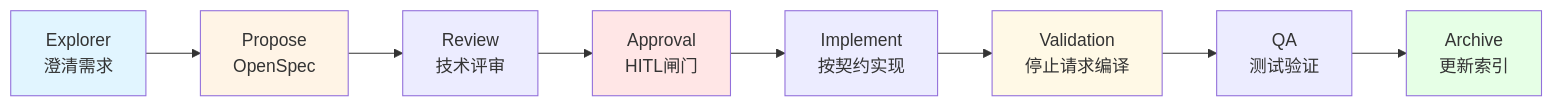
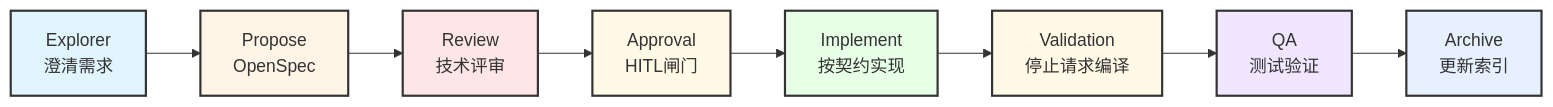
The first of 24 diagrams in ENGINEERING_MANUAL_zh.md (listener-He/java-harness-agent), drawn with Mermaid before and after one commit. The commit also changed 3 other files, not shown here.

First line of the commit message:
style(docs): 统一文档中的流程图样式定义

````diff
--- a/ENGINEERING_MANUAL_zh.md
+++ b/ENGINEERING_MANUAL_zh.md
@@ -66,15 +66,18 @@
 ```mermaid
 graph LR
     A[Explorer<br/>澄清需求] --> B[Propose<br/>OpenSpec]
     B --> C[Review<br/>技术评审]
     C --> D[Approval<br/>HITL闸门] --> E[Implement<br/>按契约实现]
     E --> V[Validation<br/>停止请求编译]
     V --> F[QA<br/>测试验证]
     F --> G[Archive<br/>更新索引]
     
-    style A fill:#e1f5ff
-    style B fill:#fff4e6
-    style D fill:#ffe6e6
-    style V fill:#fff9e6
-    style G fill:#e6ffe6
+    style A fill:#e1f5ff,stroke:#333,stroke-width:2px
+    style B fill:#fff4e6,stroke:#333,stroke-width:2px
+    style C fill:#ffe6e6,stroke:#333,stroke-width:2px
+    style D fill:#fff9e6,stroke:#333,stroke-width:2px
+    style E fill:#e6ffe6,stroke:#333,stroke-width:2px
+    style V fill:#fff9e6,stroke:#333,stroke-width:2px
+    style F fill:#f0e6ff,stroke:#333,stroke-width:2px
+    style G fill:#e6f0ff,stroke:#333,stroke-width:2px
 ```
````
